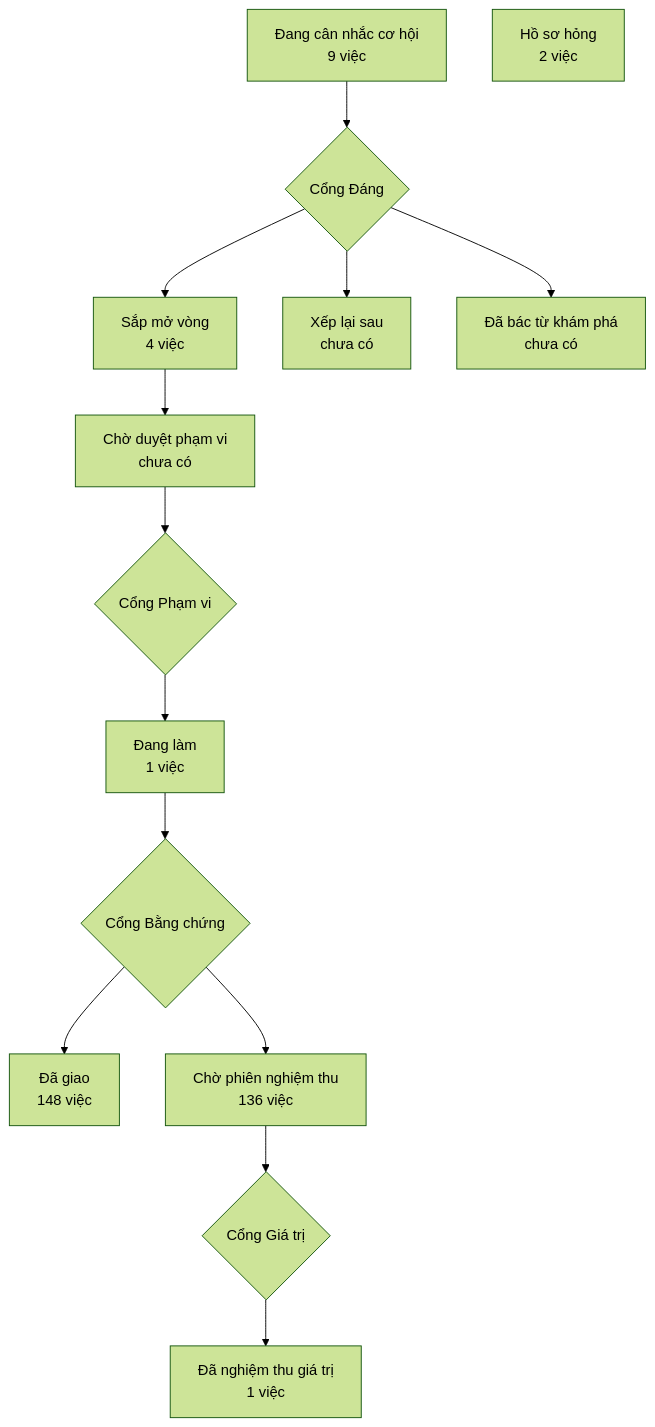
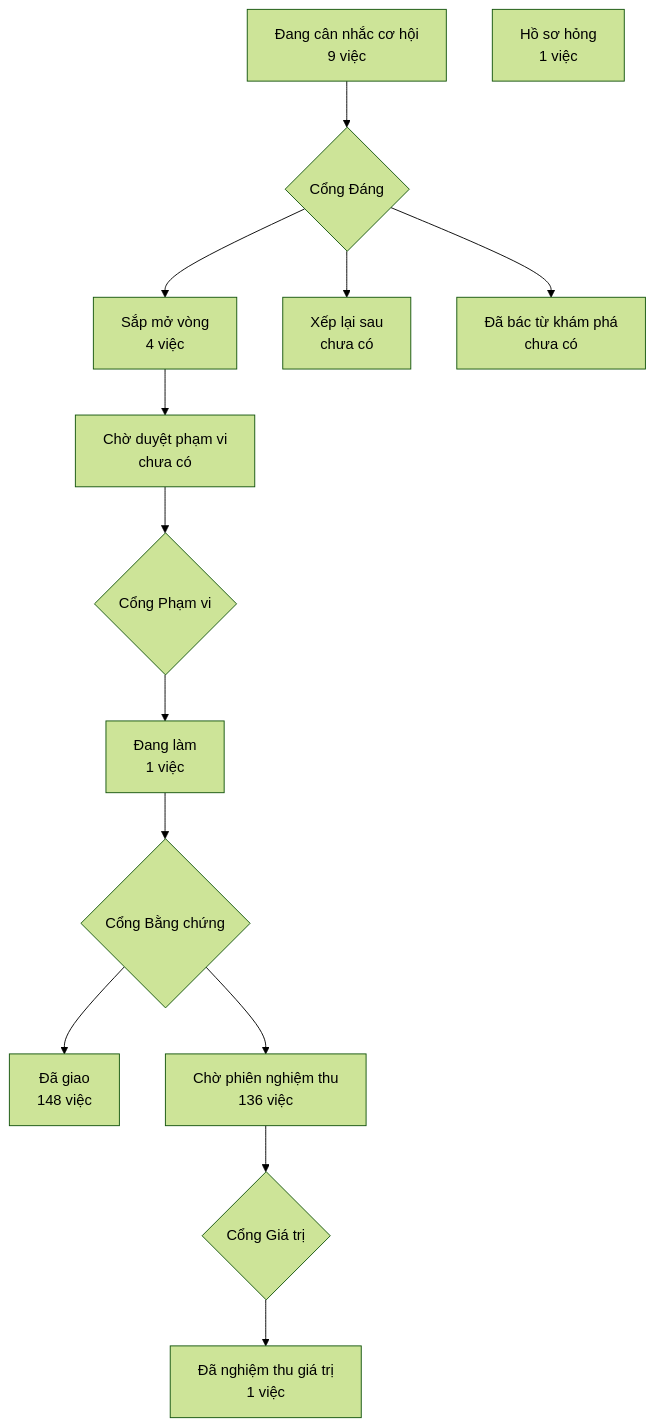
One commit to phanlemanh/crm-onehub changed the diagram in PRODUCT-MAP.md. Above: the diagram before and after it, drawn with Mermaid (forest theme). The commit also changed other lines of this file and 1 other file, not shown here.

Commit message:
chore(dau-trang-okr-cho-nut-hoi-kara): vẽ lại bản đồ bằng script của kho trên bản sạch

````diff
--- a/PRODUCT-MAP.md
+++ b/PRODUCT-MAP.md
@@ -7,13 +7,13 @@
 ```mermaid
 flowchart TD
   A["Đang cân nhắc cơ hội<br/>9 việc"] --> GD{"Cổng Đáng"}
   GD --> B["Sắp mở vòng<br/>4 việc"]
   GD --> XL["Xếp lại sau<br/>chưa có"]
   GD --> DB["Đã bác từ khám phá<br/>chưa có"]
   B --> CD["Chờ duyệt phạm vi<br/>chưa có"] --> GP{"Cổng Phạm vi"}
   GP --> DL["Đang làm<br/>1 việc"] --> GB{"Cổng Bằng chứng"}
   GB --> DG["Đã giao<br/>148 việc"]
   GB --> CN["Chờ phiên nghiệm thu<br/>136 việc"] --> GG{"Cổng Giá trị"}
   GG --> NT["Đã nghiệm thu giá trị<br/>1 việc"]
-  HS["Hồ sơ hỏng<br/>2 việc"]
+  HS["Hồ sơ hỏng<br/>1 việc"]
 ```
````
